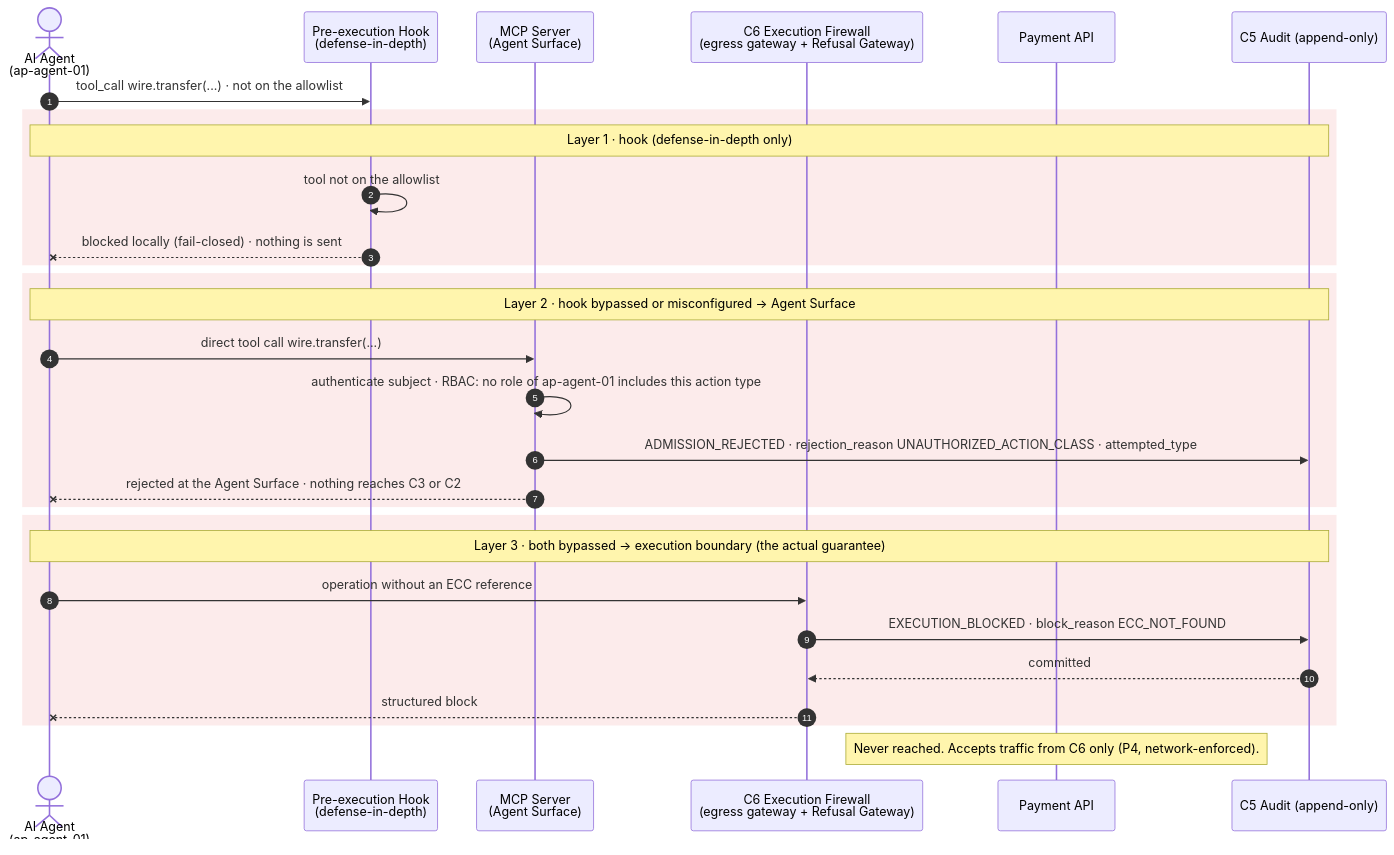
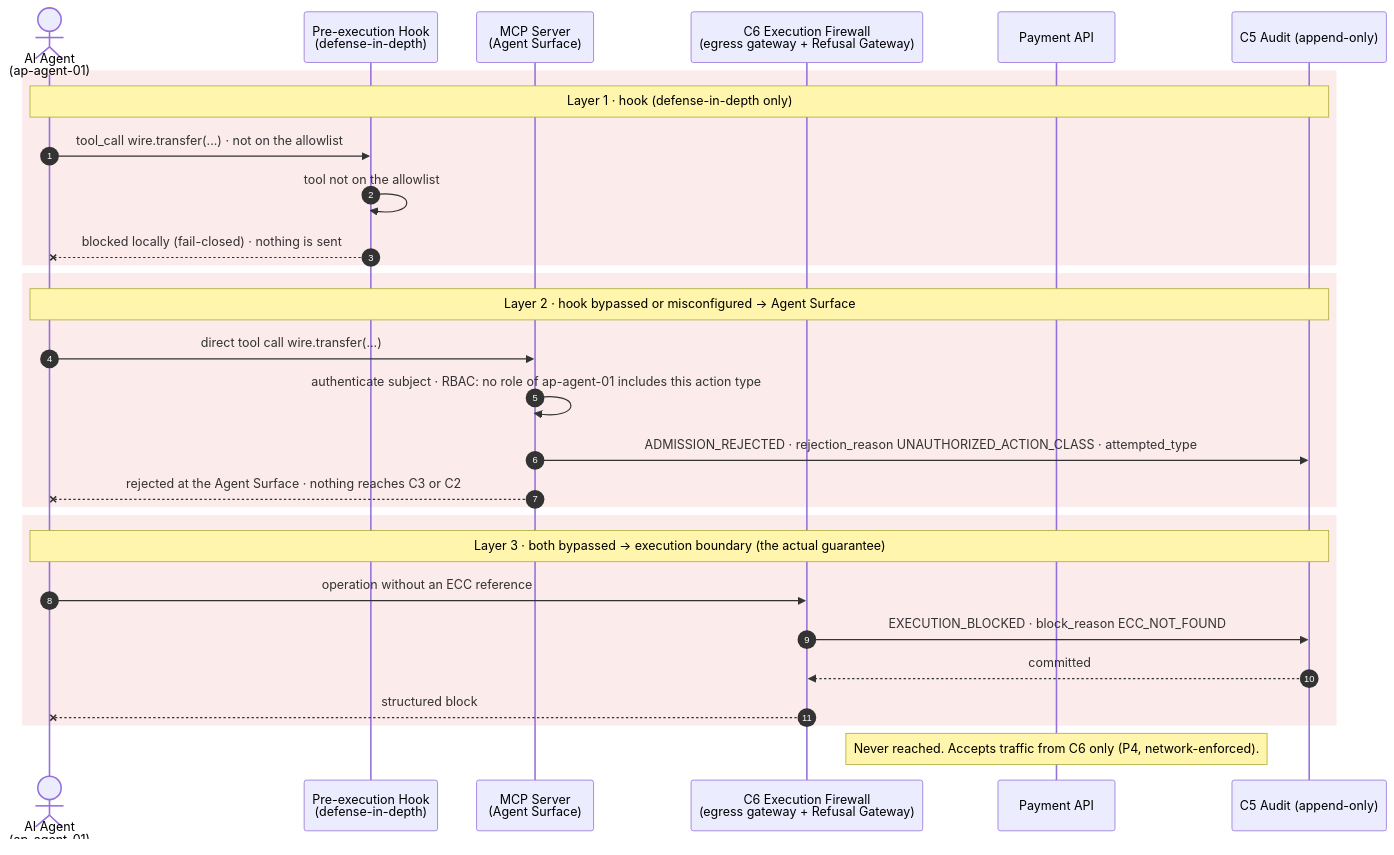
Before and after one commit to CROA-Project/CROA: the diagram in docs/examples/payment-via-mcp/04-unregistered-tool.md, drawn with Mermaid. The commit also changed 13 other files, not shown here.

First line of the commit message:
docs: number payment-example diagrams from the agent's call

````diff
--- a/docs/examples/payment-via-mcp/04-unregistered-tool.md
+++ b/docs/examples/payment-via-mcp/04-unregistered-tool.md
@@ -13,34 +13,33 @@
 ```mermaid
 sequenceDiagram
     autonumber
     actor AG as AI Agent<br/>(ap-agent-01)
     participant HK as Pre-execution Hook<br/>(defense-in-depth)
     participant SRV as MCP Server<br/>(Agent Surface)
     participant C6 as C6 Execution Firewall<br/>(egress gateway + Refusal Gateway)
     participant API as Payment API
     participant C5 as C5 Audit (append-only)
 
-    AG->>HK: tool_call wire.transfer(...) · not on the allowlist
-
     rect rgba(220, 60, 60, 0.10)
         Note over AG,C5: Layer 1 · hook (defense-in-depth only)
+        AG->>HK: tool_call wire.transfer(...) · not on the allowlist
         HK->>HK: tool not on the allowlist
         HK--xAG: blocked locally (fail-closed) · nothing is sent
     end
     rect rgba(220, 60, 60, 0.10)
         Note over AG,C5: Layer 2 · hook bypassed or misconfigured → Agent Surface
         AG->>SRV: direct tool call wire.transfer(...)
         SRV->>SRV: authenticate subject · RBAC: no role of ap-agent-01 includes this action type
         SRV->>C5: ADMISSION_REJECTED · rejection_reason UNAUTHORIZED_ACTION_CLASS · attempted_type
         SRV--xAG: rejected at the Agent Surface · nothing reaches C3 or C2
     end
     rect rgba(220, 60, 60, 0.10)
         Note over AG,C5: Layer 3 · both bypassed → execution boundary (the actual guarantee)
         AG->>C6: operation without an ECC reference
         C6->>C5: EXECUTION_BLOCKED · block_reason ECC_NOT_FOUND
         C5-->>C6: committed
         C6--xAG: structured block
     end
 
     Note over API: Never reached. Accepts traffic from C6 only (P4, network-enforced).
 ```
````
